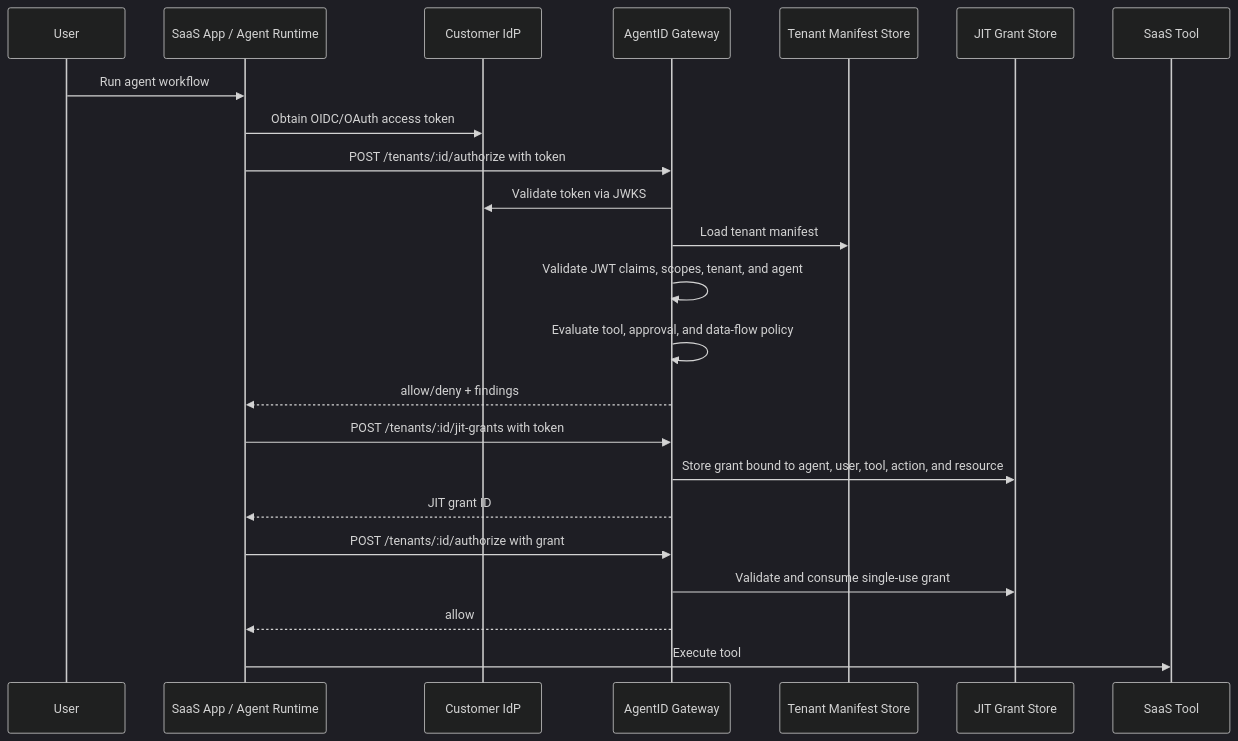
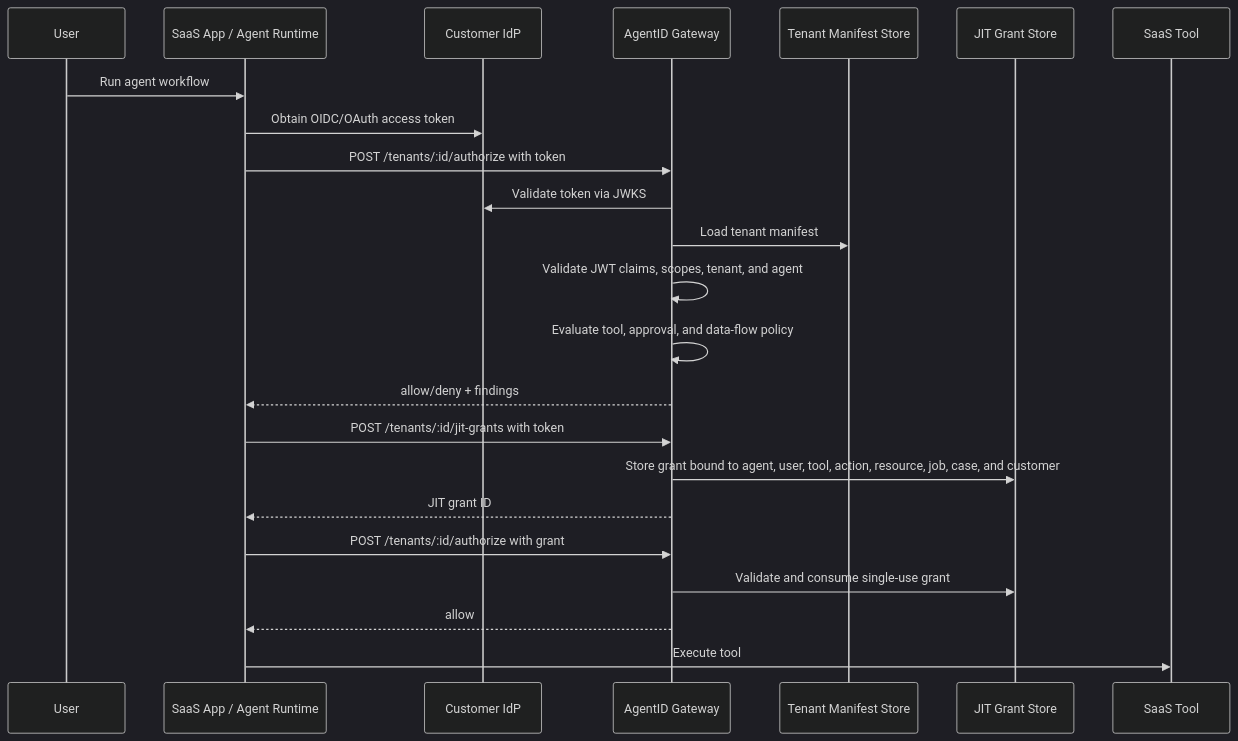
Before and after one commit to dinpd/AgentAction: the second of 2 diagrams in README.md, drawn with Mermaid (dark theme). The commit also changed other lines of this file, not shown here.

````diff
--- a/README.md
+++ b/README.md
@@ -231,28 +231,28 @@
 ```mermaid
 sequenceDiagram
     participant User
     participant App as SaaS App / Agent Runtime
     participant IdP as Customer IdP
     participant Gateway as AgentID Gateway
     participant KV as Tenant Manifest Store
     participant DO as JIT Grant Store
     participant Tool as SaaS Tool
 
     User->>App: Run agent workflow
     App->>IdP: Obtain OIDC/OAuth access token
     App->>Gateway: POST /tenants/:id/authorize with token
     Gateway->>IdP: Validate token via JWKS
     Gateway->>KV: Load tenant manifest
     Gateway->>Gateway: Validate JWT claims, scopes, tenant, and agent
     Gateway->>Gateway: Evaluate tool, approval, and data-flow policy
     Gateway-->>App: allow/deny + findings
 
     App->>Gateway: POST /tenants/:id/jit-grants with token
-    Gateway->>DO: Store grant bound to agent, user, tool, action, and resource
+    Gateway->>DO: Store grant bound to agent, user, tool, action, resource, job, case, and customer
     Gateway-->>App: JIT grant ID
 
     App->>Gateway: POST /tenants/:id/authorize with grant
     Gateway->>DO: Validate and consume single-use grant
     Gateway-->>App: allow
     App->>Tool: Execute tool
 ```
````
